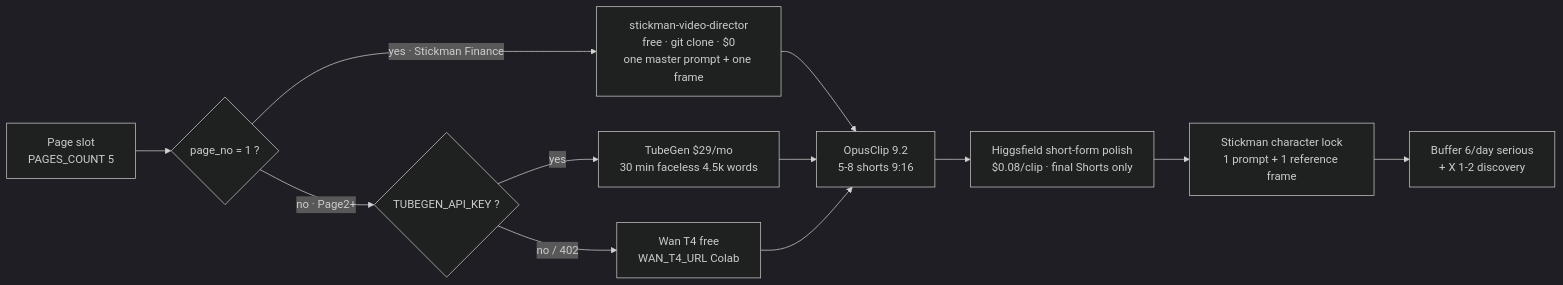
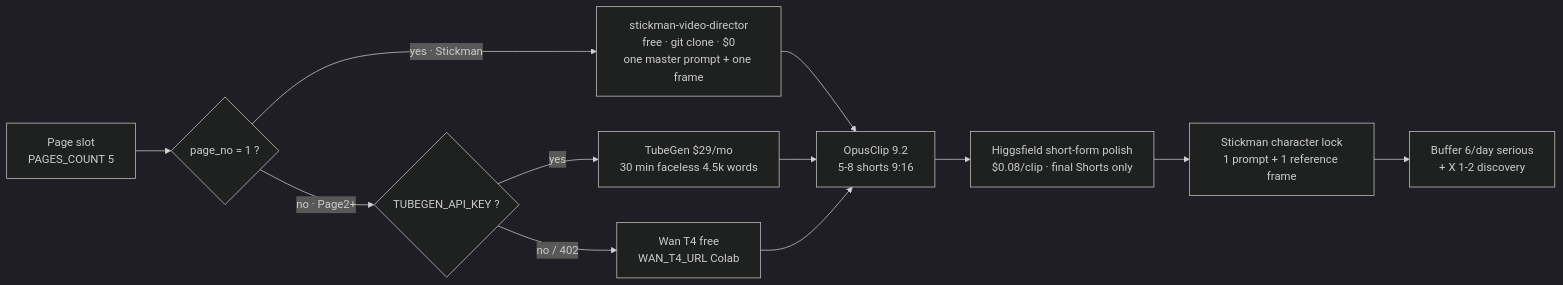
Before and after one commit to tsheznick-sys/Shadow-Operation: the third of 3 diagrams in docs/N8N_WORKFLOW_DIAGRAM_FULL.md, drawn with Mermaid (dark theme). The commit also changed other lines of this file and 13 other files, not shown here.

````diff
--- a/docs/N8N_WORKFLOW_DIAGRAM_FULL.md
+++ b/docs/N8N_WORKFLOW_DIAGRAM_FULL.md
@@ -446,14 +446,14 @@
 ```mermaid
 flowchart LR
     S["Page slot<br/>PAGES_COUNT 5"] --> Q{"page_no = 1 ?"}
-    Q -->|"yes · Stickman Finance"| ST["stickman-video-director<br/>free · git clone · $0<br/>one master prompt + one frame"]
+    Q -->|"yes · Stickman"| ST["stickman-video-director<br/>free · git clone · $0<br/>one master prompt + one frame"]
     Q -->|"no · Page2+"| TB{"TUBEGEN_API_KEY ?"}
     TB -->|"yes"| TG["TubeGen $29/mo<br/>30 min faceless 4.5k words"]
     TB -->|"no / 402"| WAN["Wan T4 free<br/>WAN_T4_URL Colab"]
     ST --> CLIP["OpusClip 9.2<br/>5-8 shorts 9:16"]
     TG --> CLIP
     WAN --> CLIP
     CLIP --> HF["Higgsfield short-form polish<br/>$0.08/clip · final Shorts only"]
     HF --> LOCK["Stickman character lock<br/>1 prompt + 1 reference frame"]
     LOCK --> BUF["Buffer 6/day serious<br/>+ X 1-2 discovery"]
 ```
````
